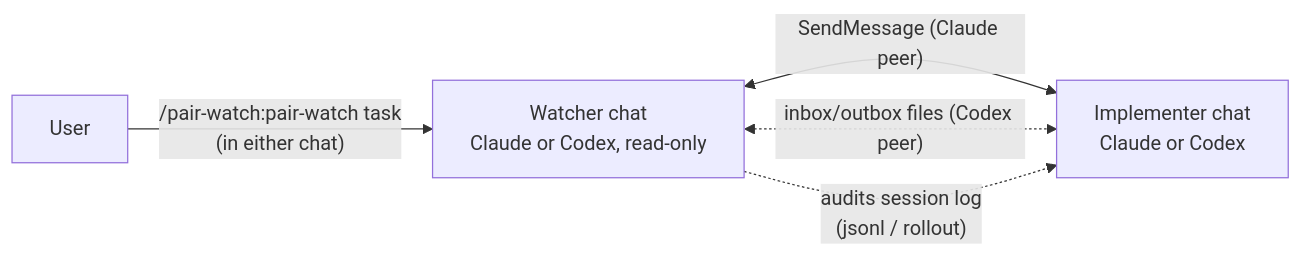
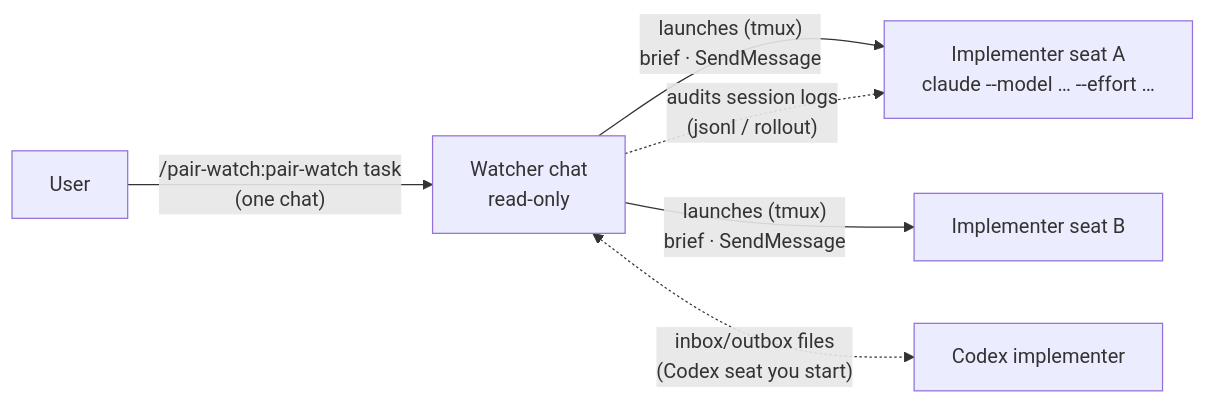
Before and after one commit to inakaegg/pair-watch: the first of 2 diagrams in README.md, drawn with Mermaid. The commit also changed other lines of this file and 2 other files, not shown here.

First line of the commit message:
Rewrite the READMEs around one chat that launches its seats / READMEをチャット1つから席を起動する流れに書き直す

````diff
--- a/README.md
+++ b/README.md
@@ -11,7 +13,8 @@
 ```mermaid
 flowchart LR
-    U[User] -- "/pair-watch:pair-watch task<br/>(in either chat)" --> W[Watcher chat<br/>Claude or Codex, read-only]
-    W <-- "SendMessage (Claude peer)" --> I[Implementer chat<br/>Claude or Codex]
-    W <-. "inbox/outbox files (Codex peer)" .-> I
-    W -. "audits session log<br/>(jsonl / rollout)" .-> I
+    U[User] -- "/pair-watch:pair-watch task<br/>(one chat)" --> W[Watcher chat<br/>read-only]
+    W -- "launches (tmux)<br/>brief · SendMessage" --> A[Implementer seat A<br/>claude --model … --effort …]
+    W -- "launches (tmux)<br/>brief · SendMessage" --> B[Implementer seat B]
+    W <-. "inbox/outbox files<br/>(Codex seat you start)" .-> C[Codex implementer]
+    W -. "audits session logs<br/>(jsonl / rollout)" .-> A
 ```
````
